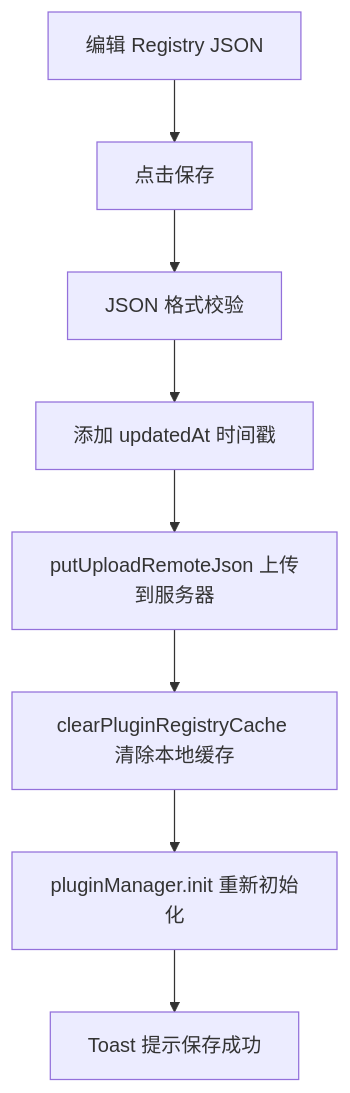
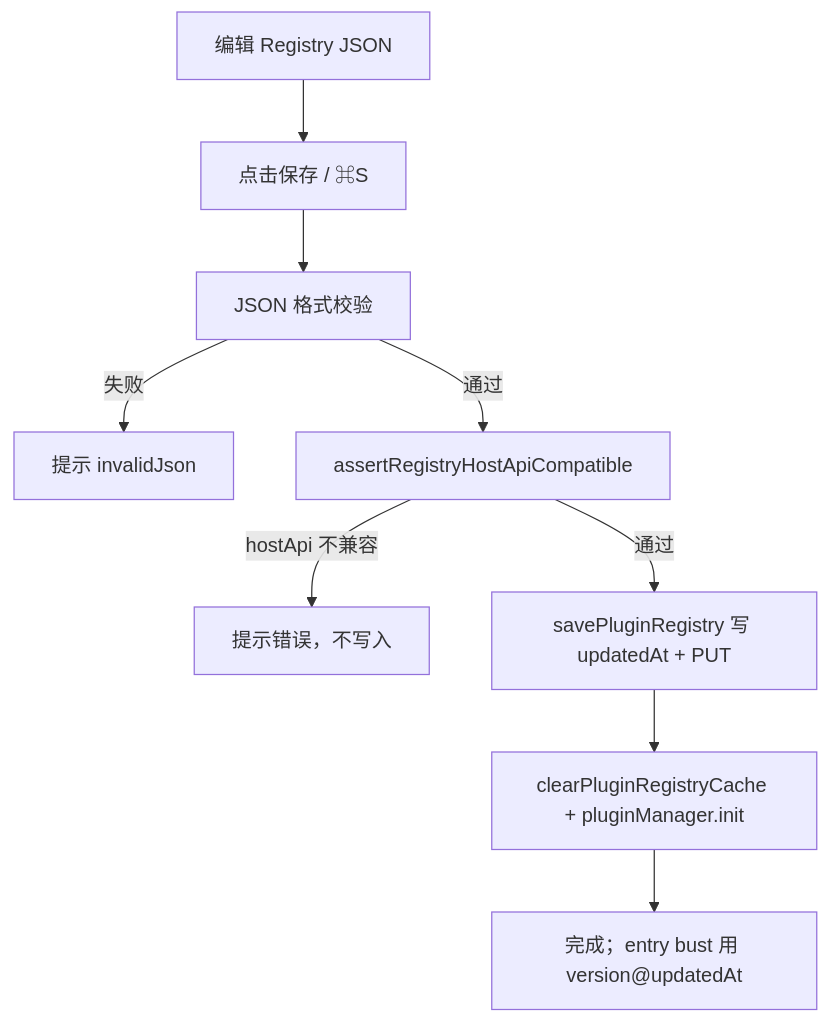
Before and after one commit to dnhyxc/dnhyxc-ai: the second of 2 diagrams in apps/frontend/src/plugins/docs/host-plugin-integration-guide.md, drawn with Mermaid. The commit also changed other lines of this file and 61 other files, not shown here.

````diff
--- a/apps/frontend/src/plugins/docs/host-plugin-integration-guide.md
+++ b/apps/frontend/src/plugins/docs/host-plugin-integration-guide.md
@@ -1081,10 +1088,11 @@
 ```mermaid
 flowchart TD
-    A[编辑 Registry JSON] --> B[点击保存]
+    A[编辑 Registry JSON] --> B[点击保存 / ⌘S]
     B --> C[JSON 格式校验]
-    C --> D[添加 updatedAt 时间戳]
-    D --> E[putUploadRemoteJson 上传到服务器]
-    E --> F[clearPluginRegistryCache 清除本地缓存]
-    F --> G[pluginManager.init 重新初始化]
-    G --> H[Toast 提示保存成功]
+    C -->|失败| D[提示 invalidJson]
+    C -->|通过| E[assertRegistryHostApiCompatible]
+    E -->|hostApi 不兼容| F[提示错误，不写入]
+    E -->|通过| G[savePluginRegistry 写 updatedAt + PUT]
+    G --> H[clearPluginRegistryCache + pluginManager.init]
+    H --> I[完成；entry bust 用 version@updatedAt]
 ```
````
